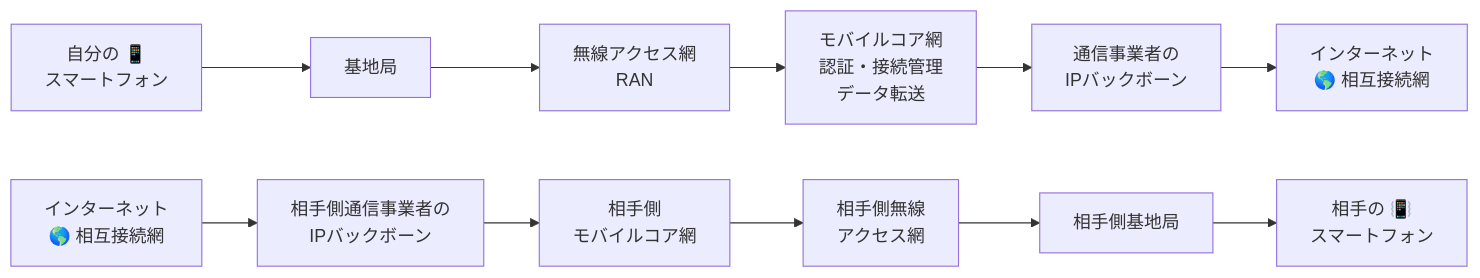
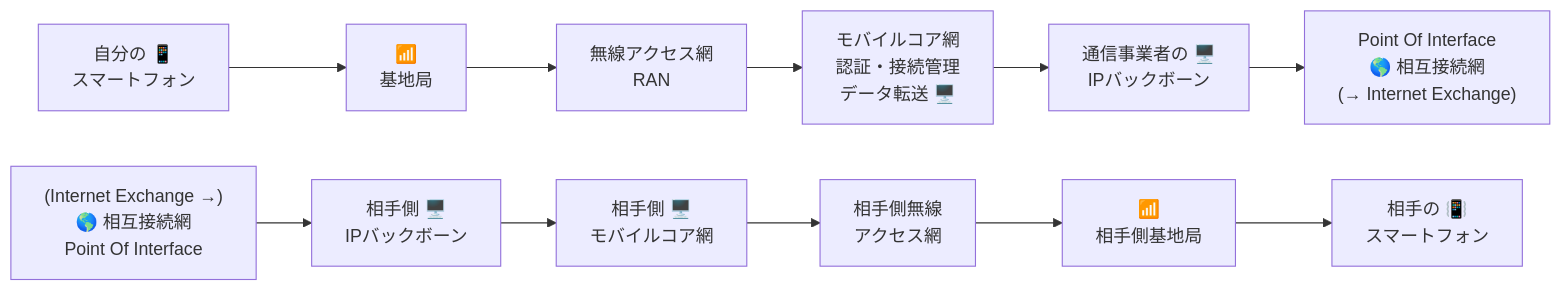
One commit to CQAKIBA/AmateurRadio-Handbook changed the first of 2 diagrams in docs/00_概要/アマチュア無線とは.md. Above: the diagram before and after it, drawn with Mermaid. The commit also changed other lines of this file, not shown here.

Commit message:
Clarify communication process in amateur radio

````diff
--- a/docs/00_概要/アマチュア無線とは.md
+++ b/docs/00_概要/アマチュア無線とは.md
@@ -169,15 +169,15 @@
 ```mermaid
 graph LR
-    A["自分の 📱<br>スマートフォン"] --> B["基地局"]
+    A["自分の 📱<br>スマートフォン"] --> B["📶<br>基地局"]
     B --> C["無線アクセス網<br>RAN"]
-    C --> D["モバイルコア網<br>認証・接続管理<br>データ転送"]
-    D --> E["通信事業者の<br>IPバックボーン"]
-    E --> F["インターネット<br>🌎 相互接続網"]
+    C --> D["モバイルコア網<br>認証・接続管理<br>データ転送 🖥️"]
+    D --> E["通信事業者の 🖥️<br>IPバックボーン"]
+    E --> F["Point Of Interface<br>🌎 相互接続網<br>(→ Internet Exchange)"]
 
-    G["インターネット<br>🌎 相互接続網"]
-    G --> H["相手側通信事業者の<br>IPバックボーン"]
-    H --> I["相手側<br>モバイルコア網"]
+    G["(Internet Exchange →)<br>🌎 相互接続網<br>Point Of Interface"]
+    G --> H["相手側 🖥️<br>IPバックボーン"]
+    H --> I["相手側 🖥️<br>モバイルコア網"]
     I --> J["相手側無線<br>アクセス網"]
-    J --> K["相手側基地局"]
+    J --> K["📶<br>相手側基地局"]
     K --> L["相手の 📳<br>スマートフォン"]
 ```
````
